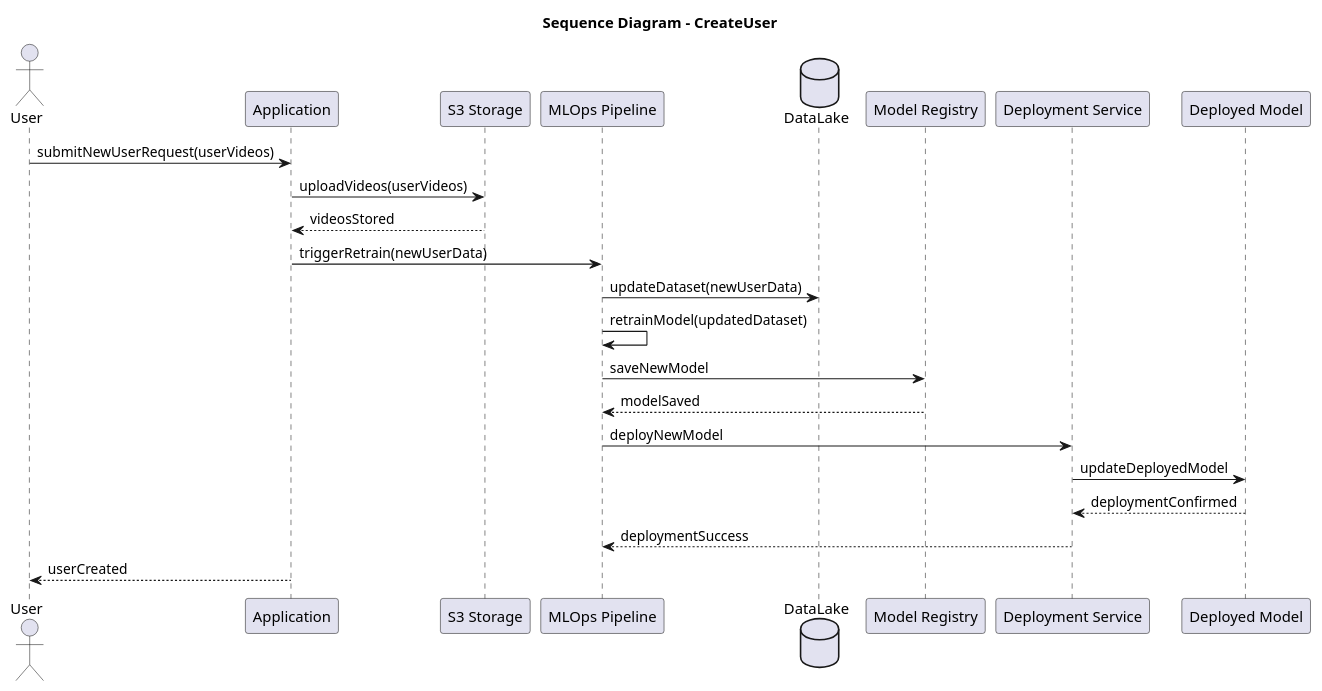
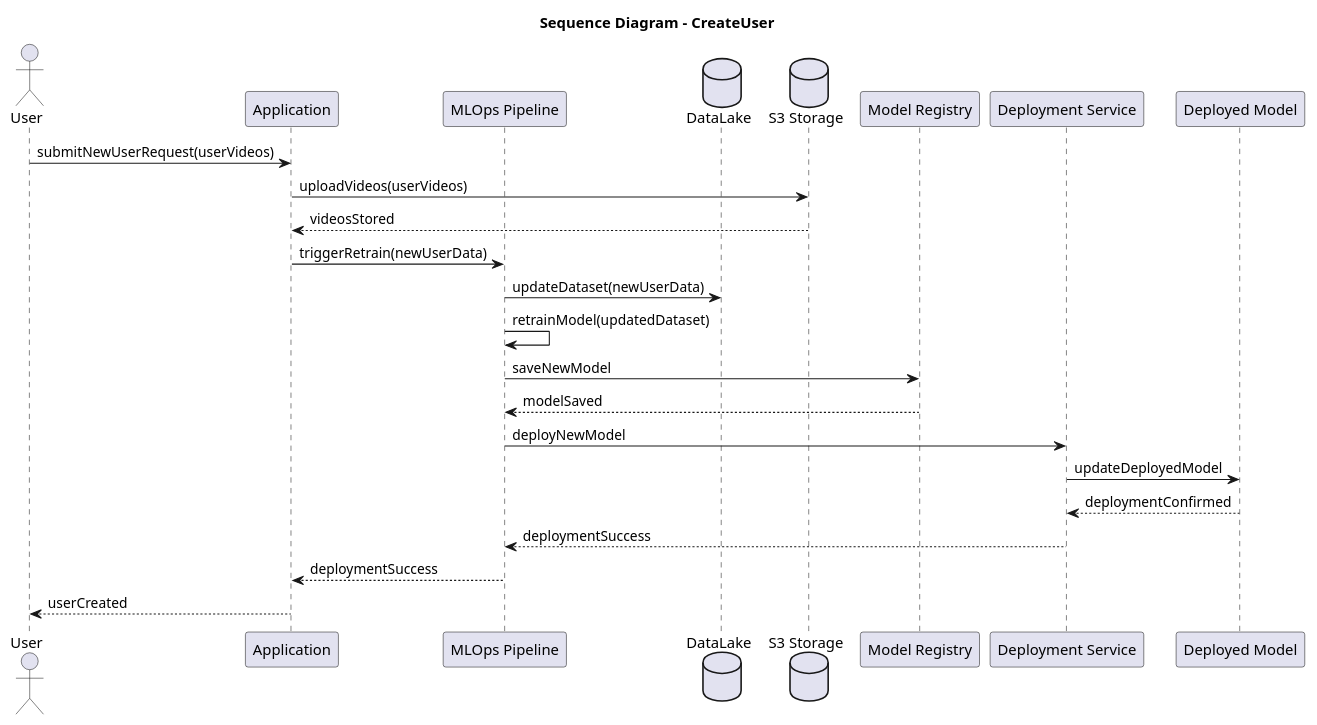
The diagram in project_mgmt/diagrams/create_user.md (ODAncona/MachLeData_Project), drawn with PlantUML before and after one commit. The commit also changed 25 other files, not shown here.

```diff
--- a/project_mgmt/diagrams/create_user.md
+++ b/project_mgmt/diagrams/create_user.md
@@ -1,26 +1,27 @@
 @startuml
 title Sequence Diagram - CreateUser
 
 actor User
 participant Application
-participant "S3 Storage" as S3Storage
 participant "MLOps Pipeline" as MLOpsPipeline
 database "DataLake"
+database "S3 Storage" as S3
 participant "Model Registry" as ModelRegistry
 participant "Deployment Service" as DeploymentService
 participant "Deployed Model" as Model
 
 User -> Application: submitNewUserRequest(userVideos)
-Application -> S3Storage: uploadVideos(userVideos)
-S3Storage --> Application: videosStored
+Application -> S3: uploadVideos(userVideos)
+S3 --> Application: videosStored
 Application -> MLOpsPipeline: triggerRetrain(newUserData)
 MLOpsPipeline -> DataLake: updateDataset(newUserData)
 MLOpsPipeline -> MLOpsPipeline: retrainModel(updatedDataset)
 MLOpsPipeline -> ModelRegistry: saveNewModel
 ModelRegistry --> MLOpsPipeline: modelSaved
 MLOpsPipeline -> DeploymentService: deployNewModel
 DeploymentService -> Model: updateDeployedModel
 Model --> DeploymentService: deploymentConfirmed
 DeploymentService --> MLOpsPipeline: deploymentSuccess
+MLOpsPipeline --> Application: deploymentSuccess
 Application --> User: userCreated
 @enduml
```
